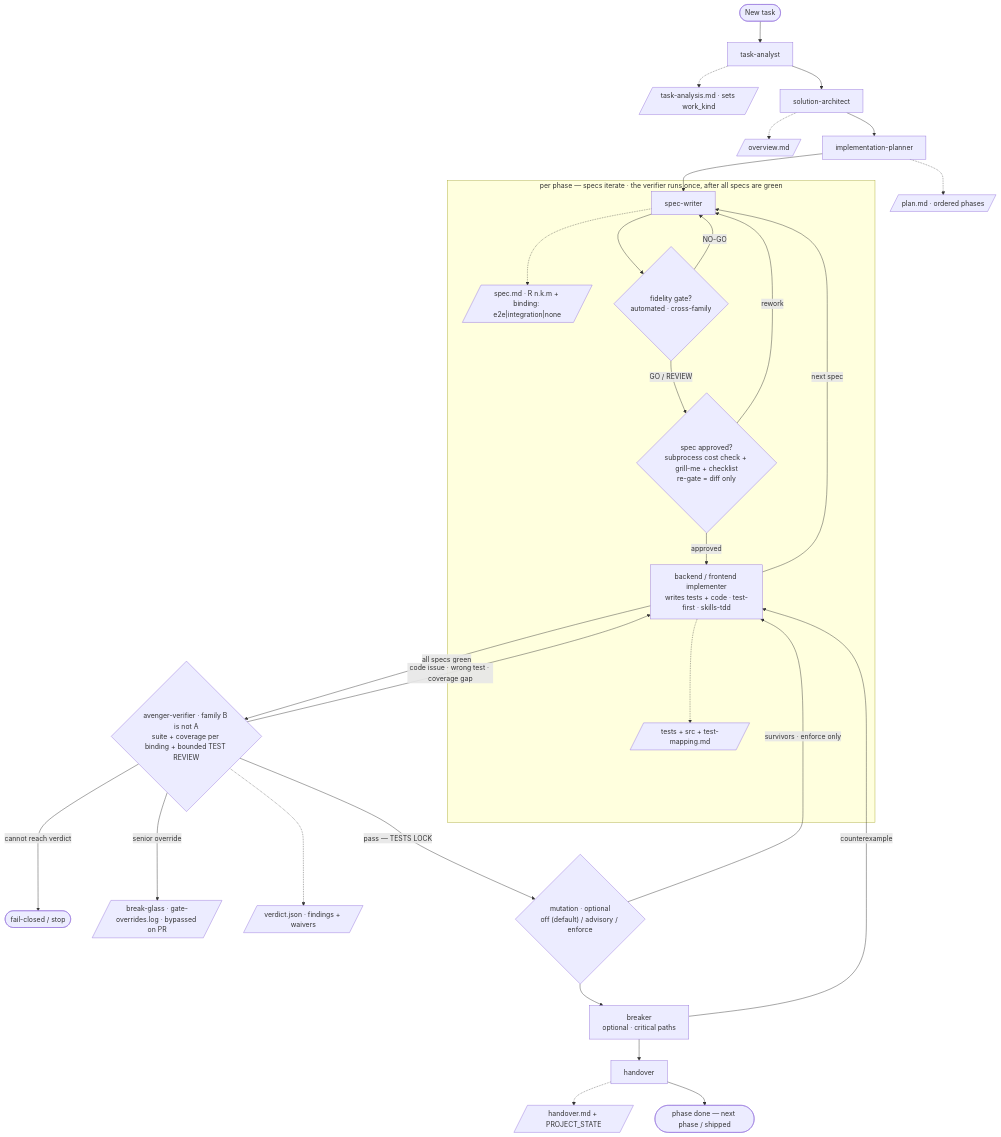
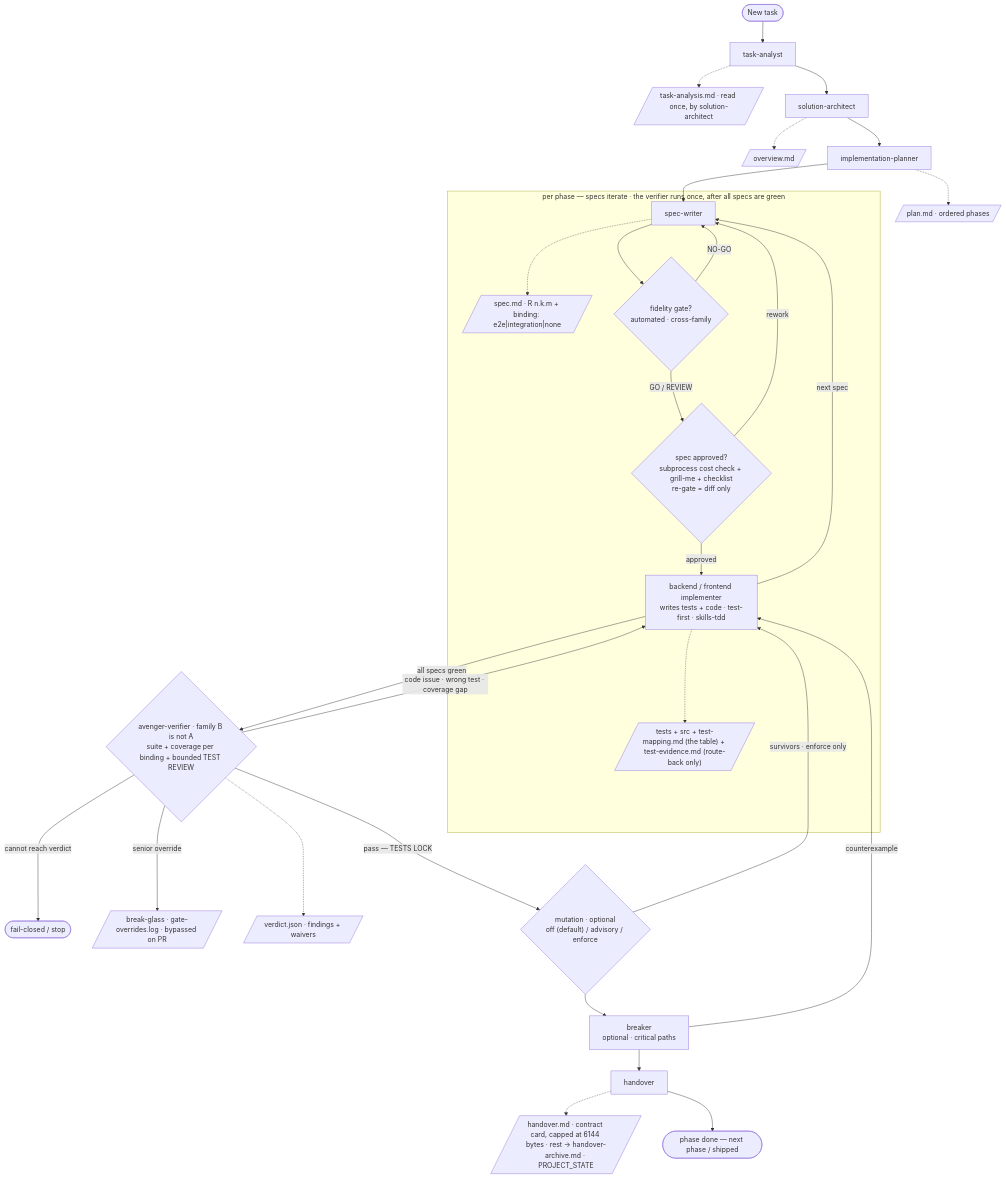
The diagram in README.md (szobonyaerik/agentic-avengers), drawn with Mermaid before and after one commit. The commit also changed other lines of this file and 50 other files, not shown here.

````diff
--- a/README.md
+++ b/README.md
@@ -42,34 +42,34 @@
 ```mermaid
 flowchart TD
     start(["New task"]) --> ta["task-analyst"]
-    ta -.-> taA[/"task-analysis.md · sets work_kind"/]
+    ta -.-> taA[/"task-analysis.md · read once, by solution-architect"/]
     ta --> sa["solution-architect"]
     sa -.-> saA[/"overview.md"/]
     sa --> ip["implementation-planner"]
     ip -.-> ipA[/"plan.md · ordered phases"/]
     ip --> sw
 
     subgraph phase ["per phase — specs iterate · the verifier runs once, after all specs are green"]
         sw["spec-writer"] -.-> swA[/"spec.md · R n.k.m + binding: e2e|integration|none"/]
         sw --> fg{"fidelity gate?<br/>automated · cross-family"}
         fg -->|"NO-GO"| sw
         fg -->|"GO / REVIEW"| sr{"spec approved?<br/>subprocess cost check + grill-me + checklist<br/>re-gate = diff only"}
         sr -->|"rework"| sw
         sr -->|"approved"| impl["backend / frontend implementer<br/>writes tests + code · test-first · skills-tdd"]
-        impl -.-> implA[/"tests + src + test-mapping.md"/]
+        impl -.-> implA[/"tests + src + test-mapping.md (the table) + test-evidence.md (route-back only)"/]
         impl -->|"next spec"| sw
     end
 
     impl -->|"all specs green"| ver{"avenger-verifier · family B is not A<br/>suite + coverage per binding + bounded TEST REVIEW"}
     ver -->|"cannot reach verdict"| stop(["fail-closed / stop"])
     ver -->|"senior override"| bg[/"break-glass · gate-overrides.log · bypassed on PR"/]
     ver -->|"code issue · wrong test · coverage gap"| impl
     ver -.-> verA[/"verdict.json · findings + waivers"/]
     ver -->|"pass — TESTS LOCK"| mut{"mutation · optional<br/>off (default) / advisory / enforce"}
     mut -->|"survivors · enforce only"| impl
     mut --> brk["breaker<br/>optional · critical paths"]
     brk -->|"counterexample"| impl
     brk --> ho["handover"]
-    ho -.-> hoA[/"handover.md + PROJECT_STATE"/]
+    ho -.-> hoA[/"handover.md · contract card, capped at 6144 bytes · rest → handover-archive.md · PROJECT_STATE"/]
     ho --> done(["phase done — next phase / shipped"])
 ```
````
